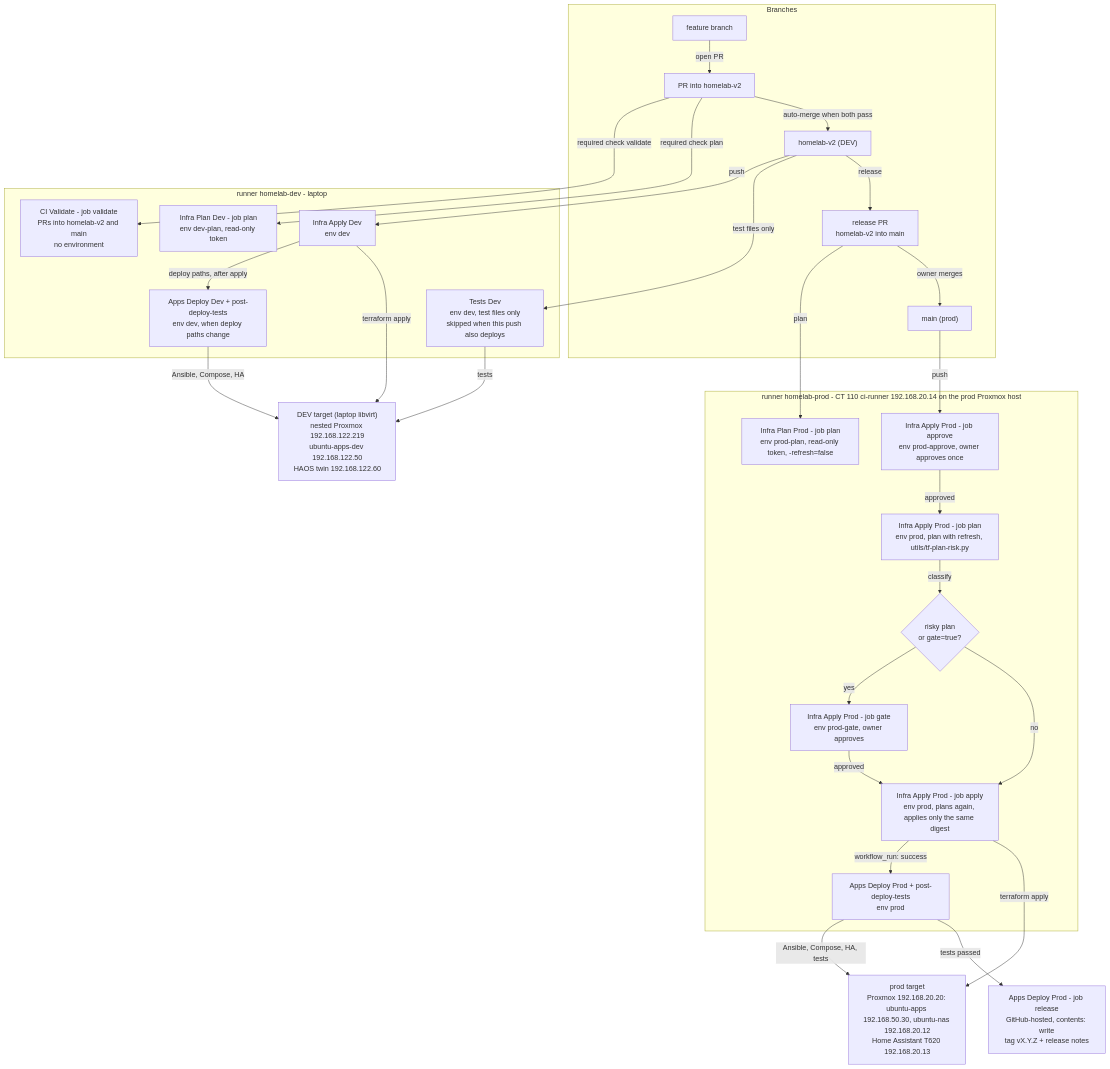
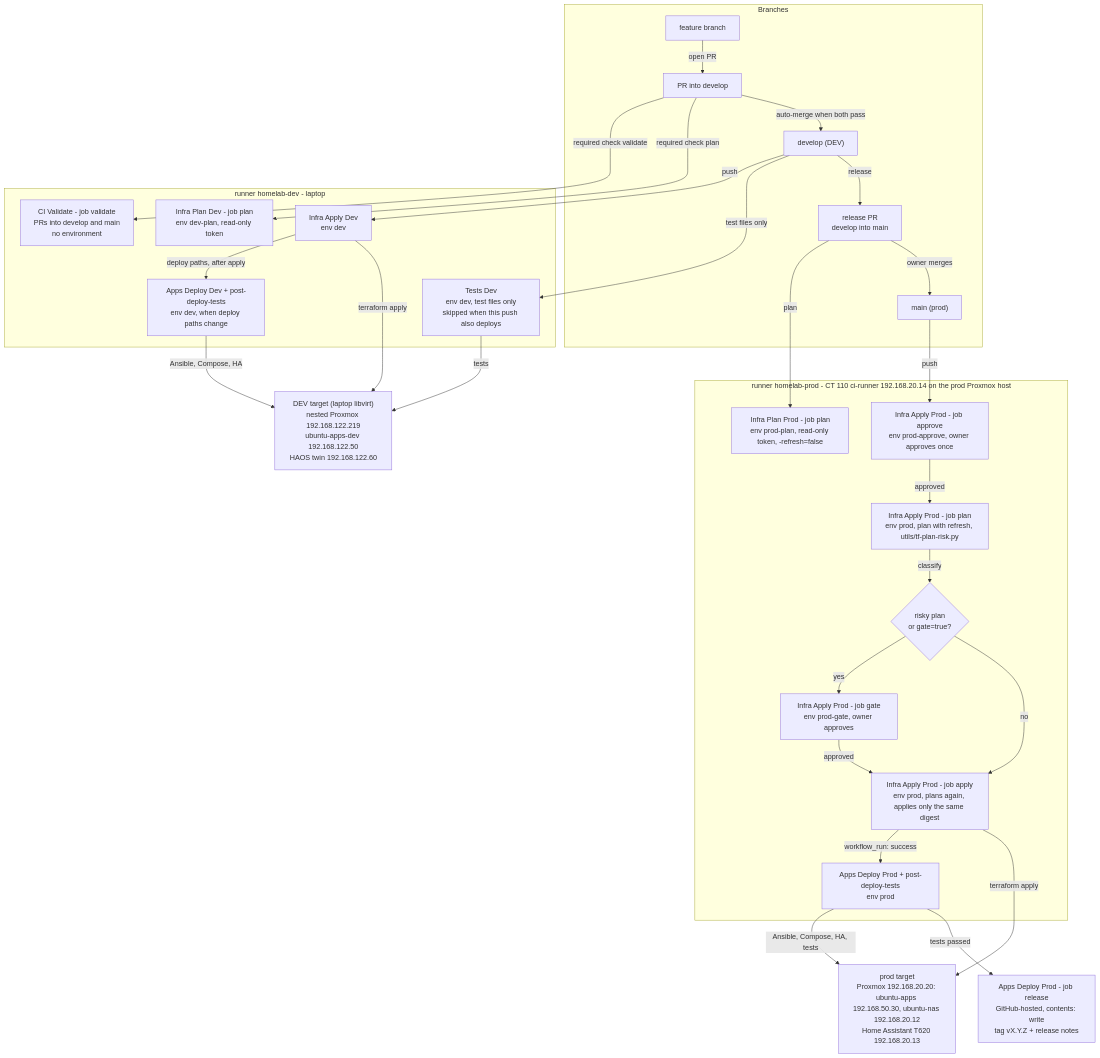
The second of 3 diagrams in README.md (DaveKadziola/homelab), drawn with Mermaid before and after one commit. The commit also changed other lines of this file and 16 other files, not shown here.

First line of the commit message:
docs: call the DEV branch develop where the docs describe today

````diff
--- a/README.md
+++ b/README.md
@@ -112,52 +112,52 @@
 ```mermaid
 flowchart TB
   devt["DEV target (laptop libvirt)<br/>nested Proxmox 192.168.122.219<br/>ubuntu-apps-dev 192.168.122.50<br/>HAOS twin 192.168.122.60"]
   prodt["prod target<br/>Proxmox 192.168.20.20: ubuntu-apps 192.168.50.30, ubuntu-nas 192.168.20.12<br/>Home Assistant T620 192.168.20.13"]
   subgraph git ["Branches"]
     fb["feature branch"]
-    prv2["PR into homelab-v2"]
-    v2["homelab-v2 (DEV)"]
-    prm["release PR<br/>homelab-v2 into main"]
+    prv2["PR into develop"]
+    v2["develop (DEV)"]
+    prm["release PR<br/>develop into main"]
     main["main (prod)"]
   end
   subgraph rdev ["runner homelab-dev - laptop"]
-    val["CI Validate - job validate<br/>PRs into homelab-v2 and main<br/>no environment"]
+    val["CI Validate - job validate<br/>PRs into develop and main<br/>no environment"]
     pld["Infra Plan Dev - job plan<br/>env dev-plan, read-only token"]
     apd["Infra Apply Dev<br/>env dev"]
     dpd["Apps Deploy Dev + post-deploy-tests<br/>env dev, when deploy paths change"]
     td["Tests Dev<br/>env dev, test files only<br/>skipped when this push also deploys"]
   end
   subgraph rprod ["runner homelab-prod - CT 110 ci-runner 192.168.20.14 on the prod Proxmox host"]
     plp["Infra Plan Prod - job plan<br/>env prod-plan, read-only token, -refresh=false"]
     appr["Infra Apply Prod - job approve<br/>env prod-approve, owner approves once"]
     iap["Infra Apply Prod - job plan<br/>env prod, plan with refresh, utils/tf-plan-risk.py"]
     risk{"risky plan<br/>or gate=true?"}
     gate["Infra Apply Prod - job gate<br/>env prod-gate, owner approves"]
     apply["Infra Apply Prod - job apply<br/>env prod, plans again, applies only the same digest"]
     dpp["Apps Deploy Prod + post-deploy-tests<br/>env prod"]
   end
   rel["Apps Deploy Prod - job release<br/>GitHub-hosted, contents: write<br/>tag vX.Y.Z + release notes"]
   fb -->|"open PR"| prv2
   prv2 -->|"required check validate"| val
   prv2 -->|"required check plan"| pld
   prv2 -->|"auto-merge when both pass"| v2
   v2 -->|"push"| apd
   apd -->|"deploy paths, after apply"| dpd
   v2 -->|"test files only"| td
   apd -->|"terraform apply"| devt
   dpd -->|"Ansible, Compose, HA"| devt
   td -->|"tests"| devt
   v2 -->|"release"| prm
   prm -->|"plan"| plp
   prm -->|"owner merges"| main
   main -->|"push"| appr
   appr -->|"approved"| iap
   iap -->|"classify"| risk
   risk -->|"yes"| gate
   risk -->|"no"| apply
   gate -->|"approved"| apply
   apply -->|"workflow_run: success"| dpp
   apply -->|"terraform apply"| prodt
   dpp -->|"Ansible, Compose, HA, tests"| prodt
   dpp -->|"tests passed"| rel
 ```
````
